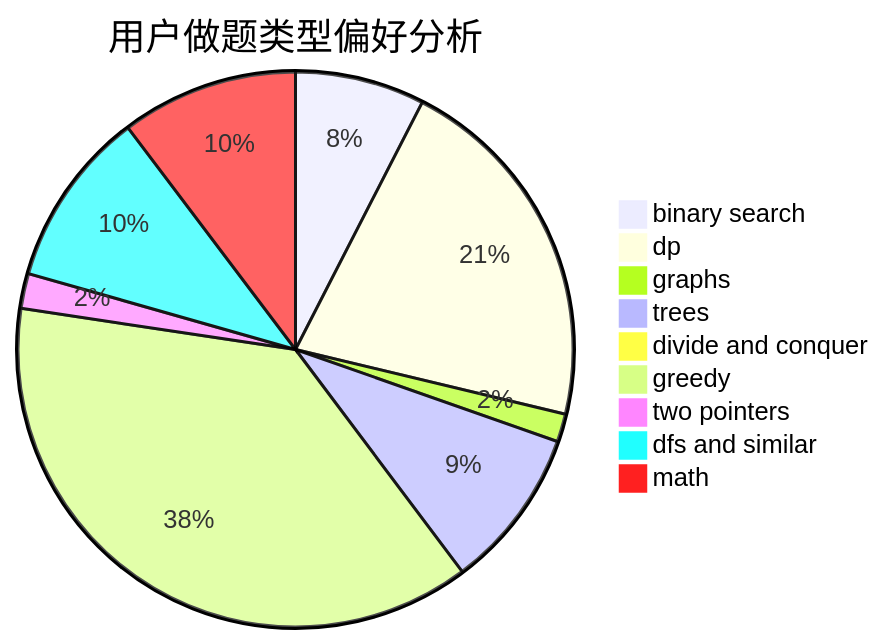
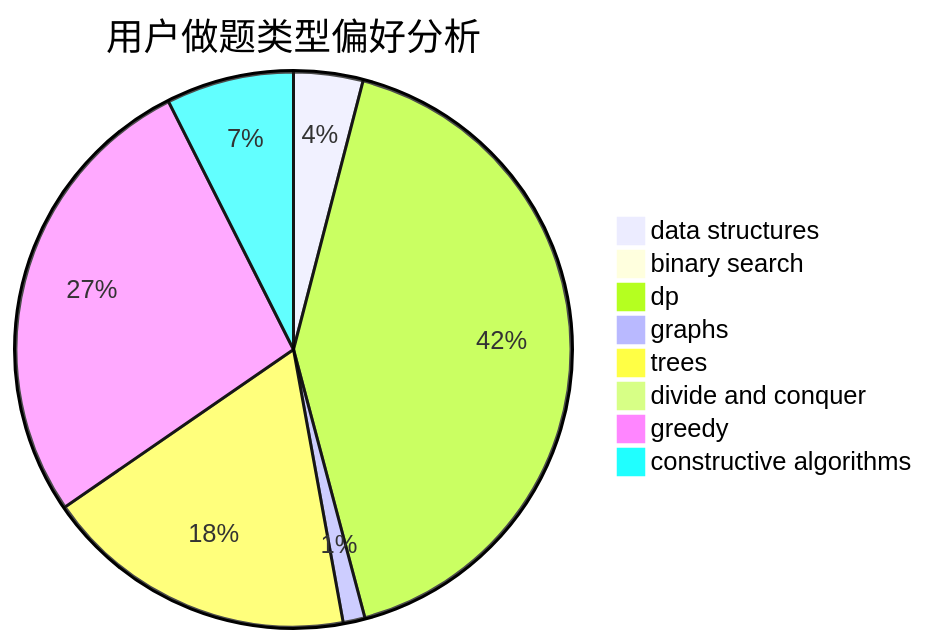
One commit to sherpahu/cfrs.github.io changed the second of 3 diagrams in docs/user/u1317.md. Above: the diagram before and after it, drawn with Mermaid. The commit also changed other lines of this file and 2775 other files, not shown here.

````diff
--- a/docs/user/u1317.md
+++ b/docs/user/u1317.md
@@ -23,12 +23,11 @@
 ```mermaid
 pie title 用户做题类型偏好分析
-    "binary search" :  74
-    "dp" :  208
-    "graphs" :  16
-    "trees" :  92
+    "data structures" :  19
+    "binary search" :  0
+    "dp" :  197
+    "graphs" :  6
+    "trees" :  86
     "divide and conquer" :  0
-    "greedy" :  369
-    "two pointers" :  20
-    "dfs and similar" :  101
-    "math" :  101
+    "greedy" :  128
+    "constructive algorithms" :  35
 ```
````
